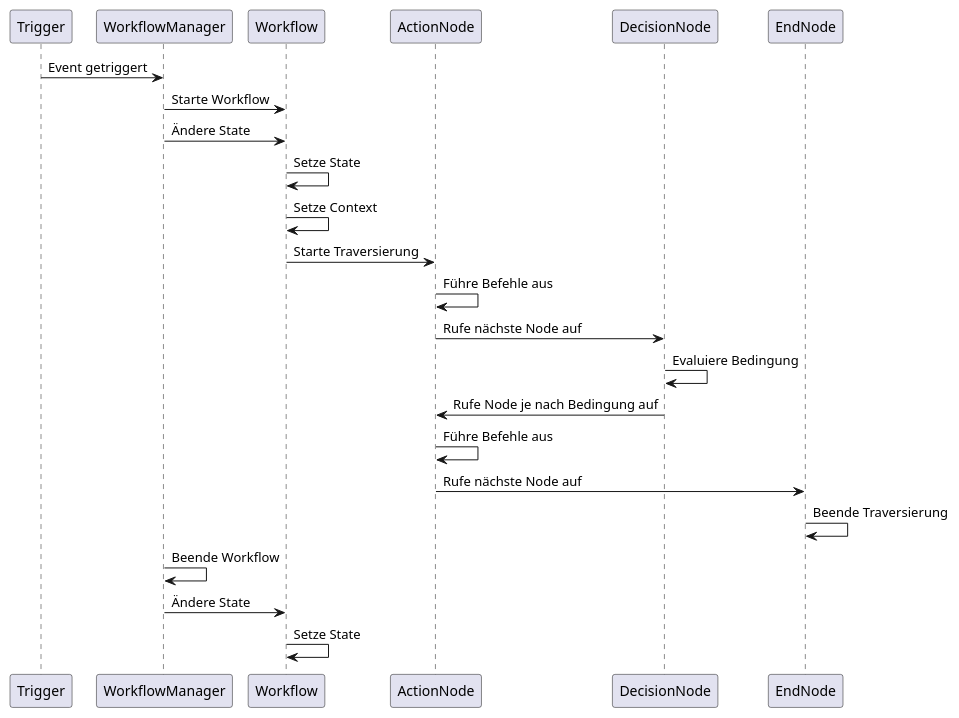
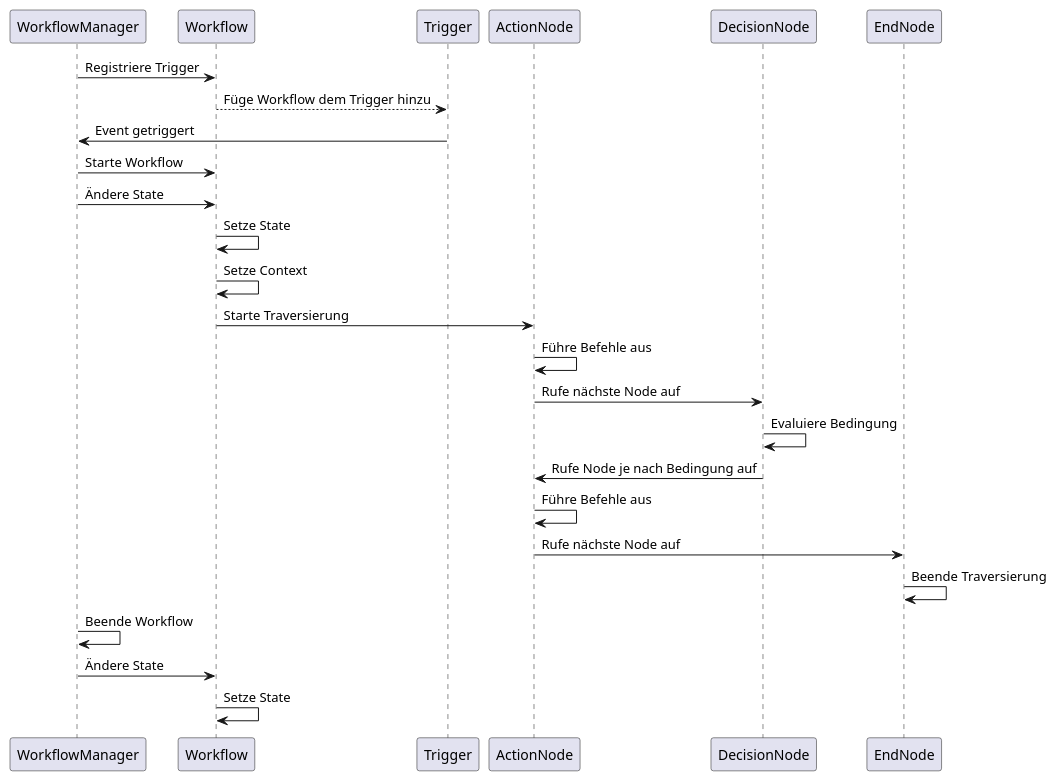
One commit to Addurezz/Streamline changed the diagram in UML/Sequence.puml. Above: the diagram before and after it, drawn with PlantUML. The commit also changed 2 other files, not shown here.

Commit message:
minor tweaks to UML

```diff
--- a/UML/Sequence.puml
+++ b/UML/Sequence.puml
@@ -1,21 +1,24 @@
 @startuml
 'https://plantuml.com/sequence-diagram
+
+WorkflowManager -> Workflow : Registriere Trigger
+Workflow --> Trigger : Füge Workflow dem Trigger hinzu
 
 Trigger -> WorkflowManager : Event getriggert
 WorkflowManager -> Workflow : Starte Workflow
 WorkflowManager -> Workflow : Ändere State
 Workflow -> Workflow : Setze State
 Workflow -> Workflow : Setze Context
 
 Workflow -> ActionNode : Starte Traversierung
 ActionNode -> ActionNode : Führe Befehle aus
 ActionNode -> DecisionNode : Rufe nächste Node auf
 DecisionNode -> DecisionNode : Evaluiere Bedingung
 DecisionNode -> ActionNode : Rufe Node je nach Bedingung auf
 ActionNode -> ActionNode : Führe Befehle aus
 ActionNode -> EndNode : Rufe nächste Node auf
 EndNode -> EndNode : Beende Traversierung
 WorkflowManager -> WorkflowManager : Beende Workflow
 WorkflowManager -> Workflow : Ändere State
 Workflow -> Workflow : Setze State
 @enduml
```
